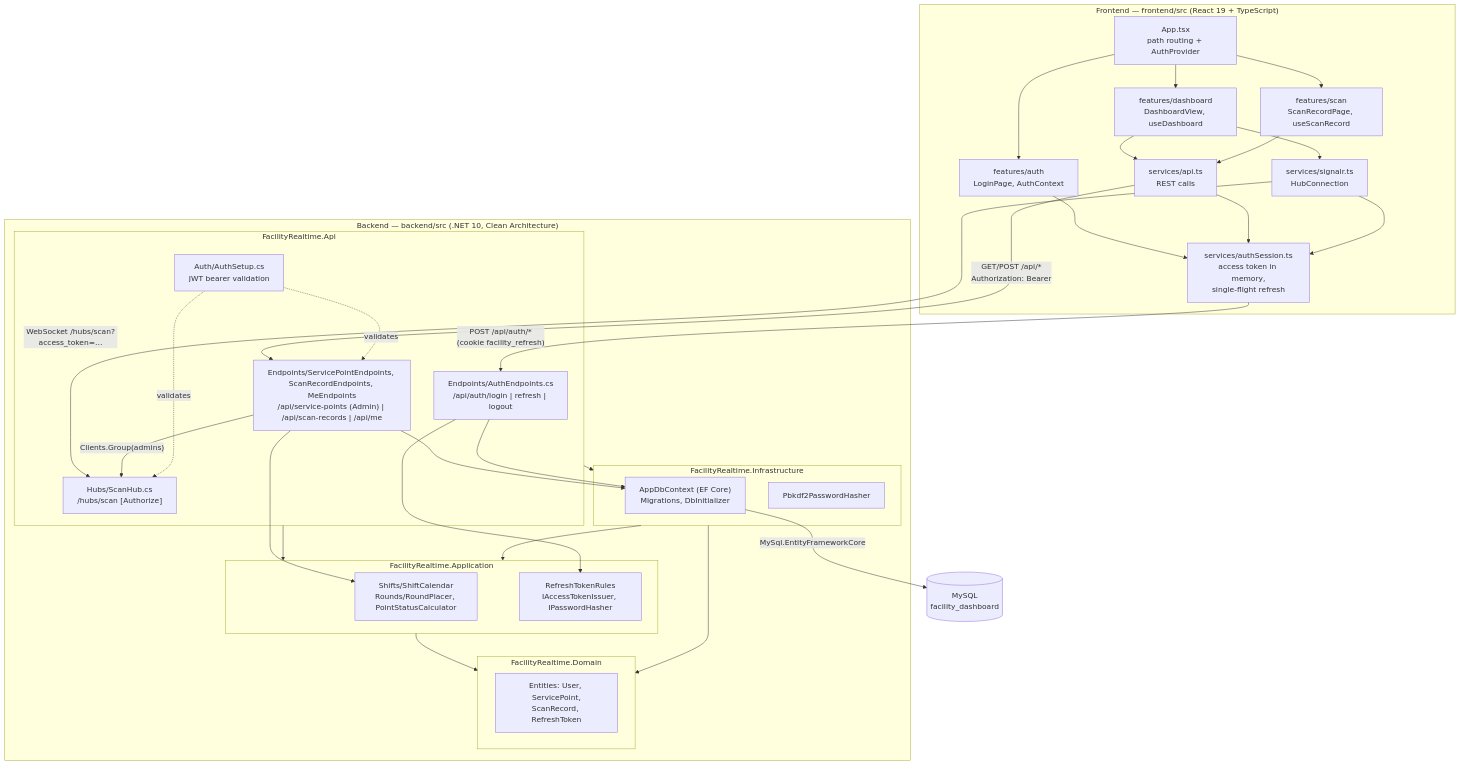
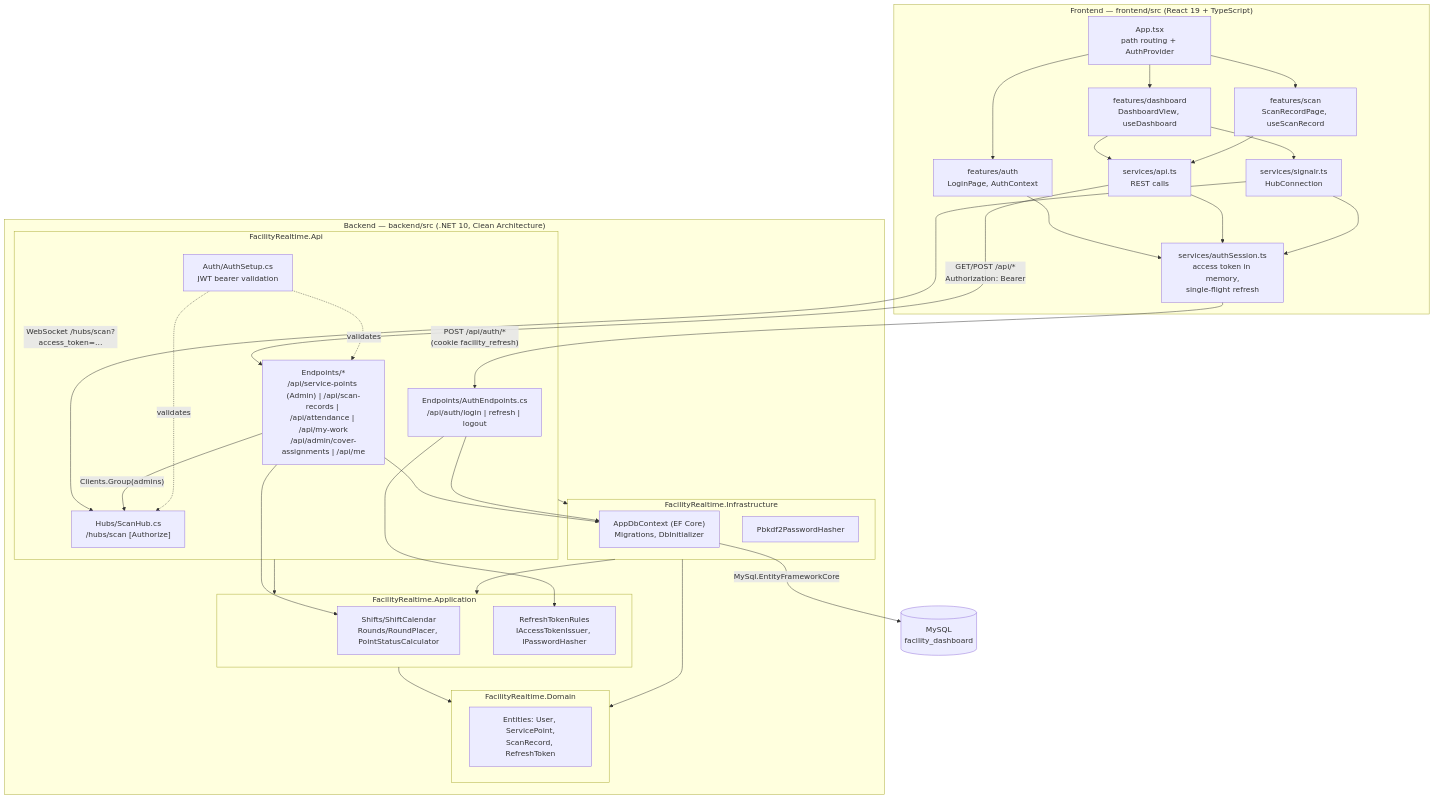
Before and after one commit to ThodsaphonSonthiphin/Facility-Real-time-dashboard: the third of 6 diagrams in docs/architecture.md, drawn with Mermaid. The commit also changed other lines of this file and 5 other files, not shown here.

````diff
--- a/docs/architecture.md
+++ b/docs/architecture.md
@@ -107,60 +107,60 @@
 ```mermaid
 flowchart TB
     subgraph FE["Frontend — frontend/src (React 19 + TypeScript)"]
         App["App.tsx<br/>path routing + AuthProvider"]
         Dash["features/dashboard<br/>DashboardView, useDashboard"]
         Scan["features/scan<br/>ScanRecordPage, useScanRecord"]
         Login["features/auth<br/>LoginPage, AuthContext"]
         ApiSvc["services/api.ts<br/>REST calls"]
         AuthSess["services/authSession.ts<br/>access token in memory,<br/>single-flight refresh"]
         SR["services/signalr.ts<br/>HubConnection"]
     end
 
     subgraph BE["Backend — backend/src (.NET 10, Clean Architecture)"]
         subgraph ApiP["FacilityRealtime.Api"]
-            Ep["Endpoints/ServicePointEndpoints, ScanRecordEndpoints, MeEndpoints<br/>/api/service-points (Admin) | /api/scan-records | /api/me"]
+            Ep["Endpoints/*<br/>/api/service-points (Admin) | /api/scan-records | /api/attendance | /api/my-work<br/>/api/admin/cover-assignments | /api/me"]
             AuthEp["Endpoints/AuthEndpoints.cs<br/>/api/auth/login | refresh | logout"]
             Hub["Hubs/ScanHub.cs<br/>/hubs/scan  [Authorize]"]
             Jwt["Auth/AuthSetup.cs<br/>JWT bearer validation"]
         end
         subgraph AppP["FacilityRealtime.Application"]
             Status["Shifts/ShiftCalendar<br/>Rounds/RoundPlacer, PointStatusCalculator"]
             Rules["RefreshTokenRules<br/>IAccessTokenIssuer, IPasswordHasher"]
         end
         subgraph InfP["FacilityRealtime.Infrastructure"]
             Ctx["AppDbContext (EF Core)<br/>Migrations, DbInitializer"]
             Hash["Pbkdf2PasswordHasher"]
         end
         subgraph DomP["FacilityRealtime.Domain"]
             Ent["Entities: User, ServicePoint,<br/>ScanRecord, RefreshToken"]
         end
     end
 
     DB[("MySQL<br/>facility_dashboard")]
 
     App --> Dash & Scan & Login
     Dash --> ApiSvc
     Dash --> SR
     Scan --> ApiSvc
     Login --> AuthSess
     ApiSvc --> AuthSess
     SR --> AuthSess
 
     AuthSess -->|"POST /api/auth/*<br/>(cookie facility_refresh)"| AuthEp
     ApiSvc -->|"GET/POST /api/*<br/>Authorization: Bearer"| Ep
     SR -->|"WebSocket /hubs/scan?access_token=…"| Hub
 
     Ep --> Status
     Ep --> Ctx
     Ep -->|"Clients.Group(admins)"| Hub
     AuthEp --> Rules
     AuthEp --> Ctx
     Jwt -.->|validates| Ep & Hub
 
     ApiP --> AppP
     ApiP --> InfP
     InfP --> AppP
     AppP --> DomP
     InfP --> DomP
     Ctx -->|"MySql.EntityFrameworkCore"| DB
 ```
````
